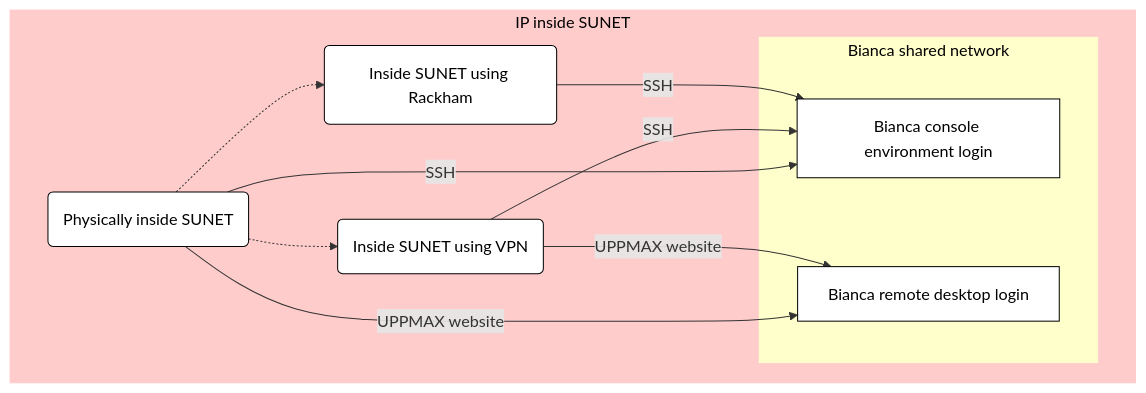
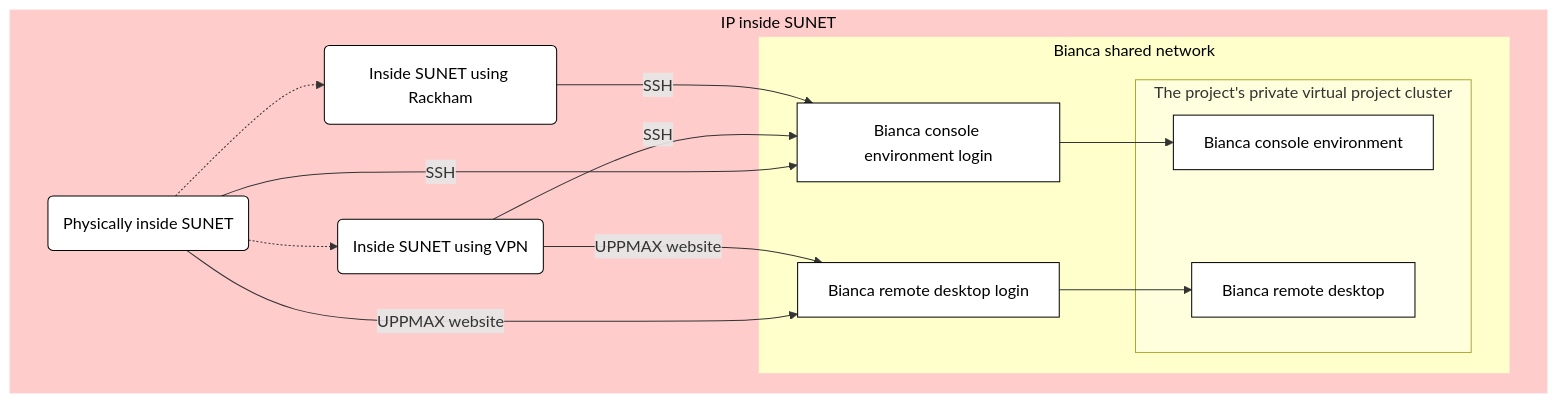
Before and after one commit to UPPMAX/UPPMAX-documentation: the third of 4 diagrams in docs/getting_started/login_bianca.md, drawn with Mermaid.

Commit message:
Show both layers

````diff
--- a/docs/getting_started/login_bianca.md
+++ b/docs/getting_started/login_bianca.md
@@ -340,33 +340,40 @@
 ```mermaid
 flowchart TD
 
     %% Give a white background, instead of a transparent one
     classDef node fill:#fff,color:#000,stroke:#000
     classDef focus_node fill:#fff,color:#000,stroke:#000,stroke-width:4px
 
     subgraph sub_inside[IP inside SUNET]
       physically_inside(Physically inside SUNET)
       inside_using_vpn(Inside SUNET using VPN)
       inside_using_rackham(Inside SUNET using Rackham)
 
       subgraph sub_bianca_shared_env[Bianca shared network]
         bianca_shared_console[Bianca console environment login]
         bianca_shared_remote_desktop[Bianca remote desktop login] 
+        subgraph sub_bianca_private_env[The project's private virtual project cluster]
+          bianca_private_console[Bianca console environment]
+          bianca_private_remote_desktop[Bianca remote desktop] 
+        end
       end
     end
 
     %% Shared subgraph color scheme
     %% style sub_outside fill:#ccc,color:#000,stroke:#ccc
     style sub_inside fill:#fcc,color:#000,stroke:#fcc
     style sub_bianca_shared_env fill:#ffc,color:#000,stroke:#ffc
     %% style sub_bianca_private_env fill:#cfc,color:#000,stroke:#cfc
 
     %% Inside SUNET
     physically_inside-->|SSH|bianca_shared_console
     physically_inside-->|UPPMAX website|bianca_shared_remote_desktop
     physically_inside-.->inside_using_rackham
     physically_inside-.->inside_using_vpn
     inside_using_vpn-->|SSH|bianca_shared_console
     inside_using_vpn-->|UPPMAX website|bianca_shared_remote_desktop
     inside_using_rackham-->|SSH|bianca_shared_console
+
+    bianca_shared_console --> bianca_private_console
+    bianca_shared_remote_desktop --> bianca_private_remote_desktop
 ```
````
